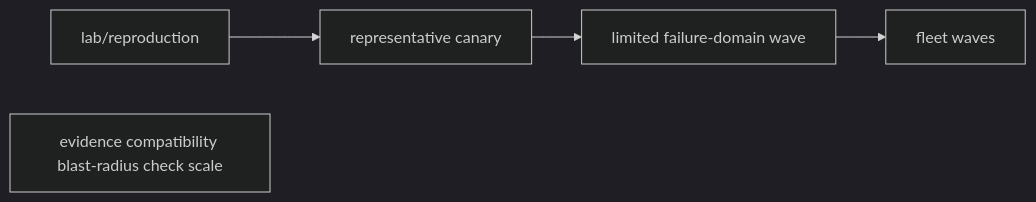
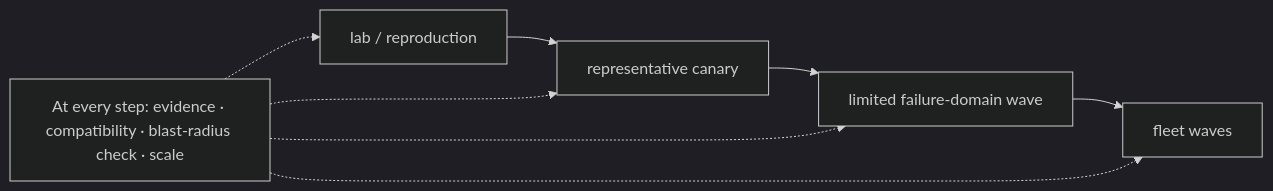
One commit to jithinpnjm/nvidia-devops changed the first of 2 diagrams in docs/volume-10/10-coordinated-cluster-wide-software-change-management.md. Above: the diagram before and after it, drawn with Mermaid (dark theme). The commit also changed other lines of this file and 99 other files, not shown here.

````diff
--- a/docs/volume-10/10-coordinated-cluster-wide-software-change-management.md
+++ b/docs/volume-10/10-coordinated-cluster-wide-software-change-management.md
@@ -25,12 +25,8 @@
 ```mermaid
 flowchart LR
-  %% Converted from the original ASCII diagram; source wording is preserved.
-  n0["lab/reproduction"]
-  n1["representative canary"]
-  n2["limited failure-domain wave"]
-  n3["fleet waves"]
-  n4["evidence compatibility blast-radius check scale"]
-  n0 --> n1
-  n1 --> n2
-  n2 --> n3
+  Lab["lab / reproduction"] --> Canary["representative canary"] --> Domain["limited failure-domain wave"] --> Fleet["fleet waves"]
+  Evidence["At every step: evidence · compatibility · blast-radius check · scale"] -.-> Lab
+  Evidence -.-> Canary
+  Evidence -.-> Domain
+  Evidence -.-> Fleet
 ```
````
